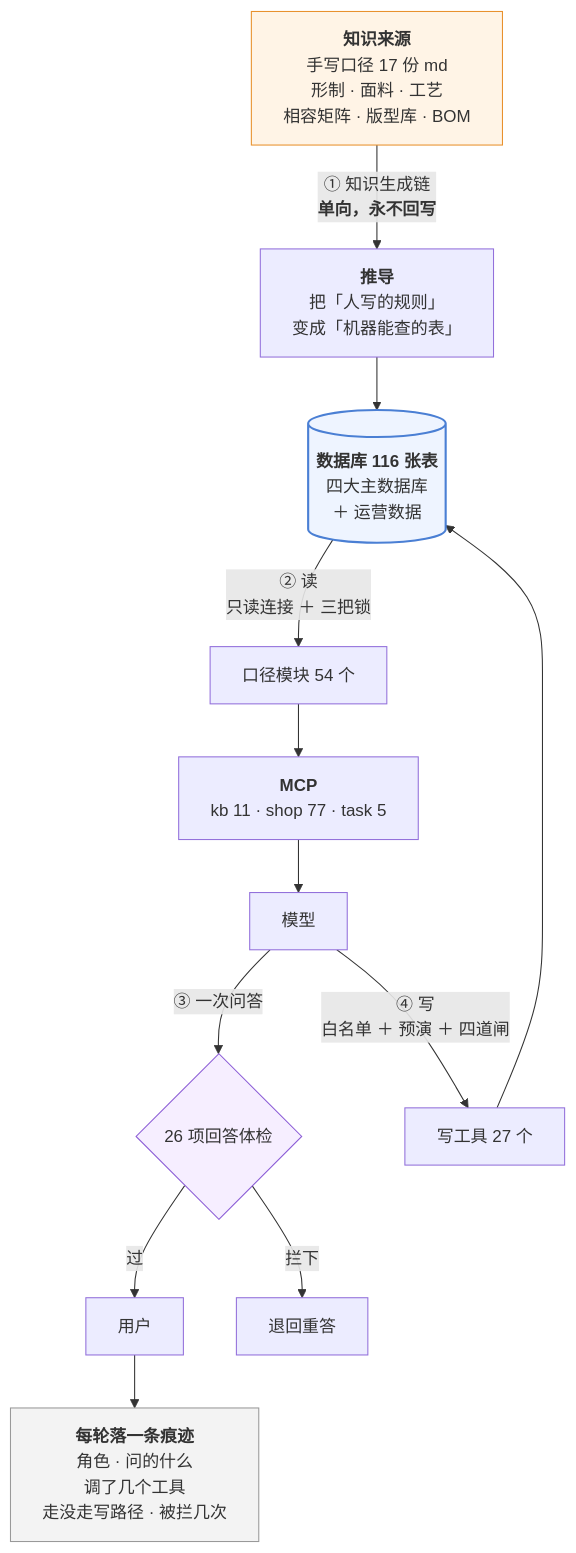
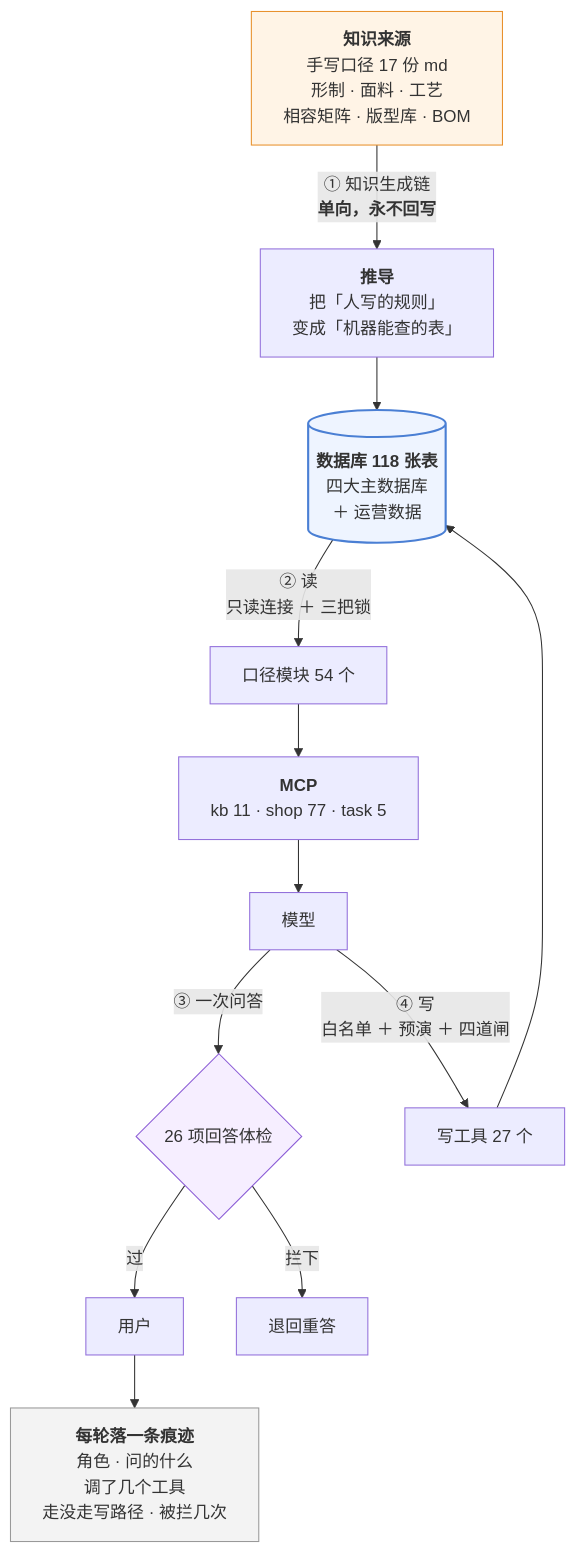
One commit to 843773296-rgb/lanxiu-yunshang-agent changed the third of 3 diagrams in 澜绣云裳agent-产品说明.md. Above: the diagram before and after it, drawn with Mermaid. The commit also changed other lines of this file and 22 other files, not shown here.

````diff
--- a/澜绣云裳agent-产品说明.md
+++ b/澜绣云裳agent-产品说明.md
@@ -969,24 +969,24 @@
 ```mermaid
 flowchart TD
     MD["<b>知识来源</b><br/>手写口径 17 份 md<br/>形制 · 面料 · 工艺<br/>相容矩阵 · 版型库 · BOM"]
     MD -->|"① 知识生成链<br/><b>单向，永不回写</b>"| DV["<b>推导</b><br/>把「人写的规则」<br/>变成「机器能查的表」"]
-    DV --> DB[("<b>数据库 116 张表</b><br/>四大主数据库<br/>＋ 运营数据")]
+    DV --> DB[("<b>数据库 118 张表</b><br/>四大主数据库<br/>＋ 运营数据")]
 
     DB -->|"② 读<br/>只读连接 ＋ 三把锁"| KJ["口径模块 54 个"]
     KJ --> MCP["<b>MCP</b><br/>kb 11 · shop 77 · task 5"]
     MCP --> LLM["模型"]
 
     LLM -->|"③ 一次问答"| GD{"26 项回答体检"}
     GD -- 过 --> U["用户"]
     GD -- 拦下 --> RE["退回重答"]
 
     LLM -->|"④ 写<br/>白名单 ＋ 预演 ＋ 四道闸"| W["写工具 27 个"]
     W --> DB
 
     U --> TR["<b>每轮落一条痕迹</b><br/>角色 · 问的什么<br/>调了几个工具<br/>走没走写路径 · 被拦几次"]
 
     style MD fill:#fff4e6,stroke:#e8912d
     style DB fill:#eef4ff,stroke:#4a7fd4,stroke-width:2px
     style GD fill:#f6eeff,stroke:#8b5cd6
     style TR fill:#f3f3f3,stroke:#999
 ```
````
